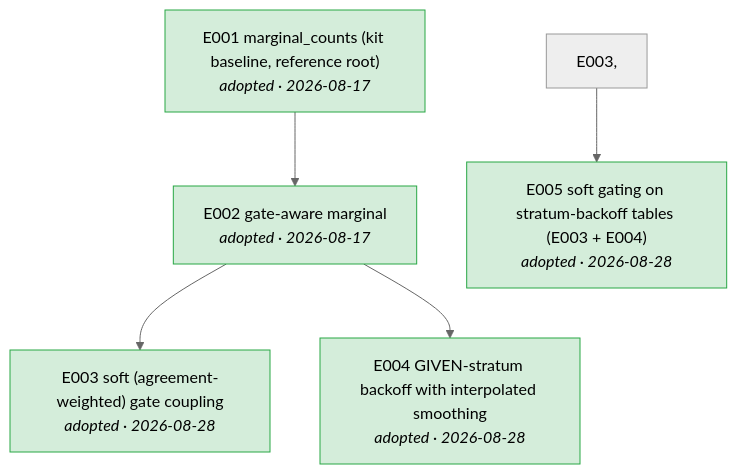
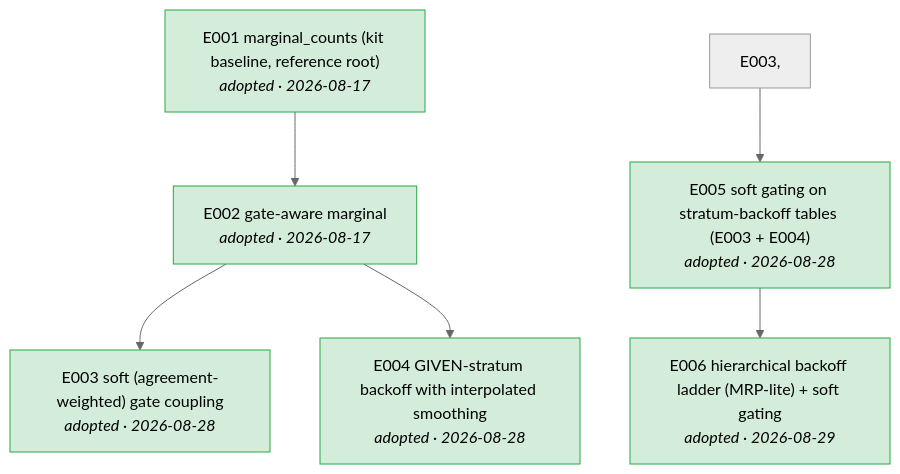
Before and after one commit to joon56/Simulacrabench-NeurIPS-2026-: the diagram in docs/tree.md, drawn with Mermaid (neutral theme). The commit also changed 7 other files, not shown here.

First line of the commit message:
E006: hierarchical backoff ladder (MRP-lite), submission #3

````diff
--- a/docs/tree.md
+++ b/docs/tree.md
@@ -5,14 +5,16 @@
 ```mermaid
 flowchart TD
     E001["E001 marginal_counts (kit baseline, reference root)<br/><i>adopted · 2026-08-17</i>"]
     E002["E002 gate-aware marginal<br/><i>adopted · 2026-08-17</i>"]
     E001 --> E002
     E003["E003 soft (agreement-weighted) gate coupling<br/><i>adopted · 2026-08-28</i>"]
     E002 --> E003
     E004["E004 GIVEN-stratum backoff with interpolated smoothing<br/><i>adopted · 2026-08-28</i>"]
     E002 --> E004
     E005["E005 soft gating on stratum-backoff tables (E003 + E004)<br/><i>adopted · 2026-08-28</i>"]
     E003, --> E005
+    E006["E006 hierarchical backoff ladder (MRP-lite) + soft gating<br/><i>adopted · 2026-08-29</i>"]
+    E005 --> E006
     classDef adopted fill:#d4edda,stroke:#28a745
-    class E001,E002,E003,E004,E005 adopted
+    class E001,E002,E003,E004,E005,E006 adopted
 ```
````
